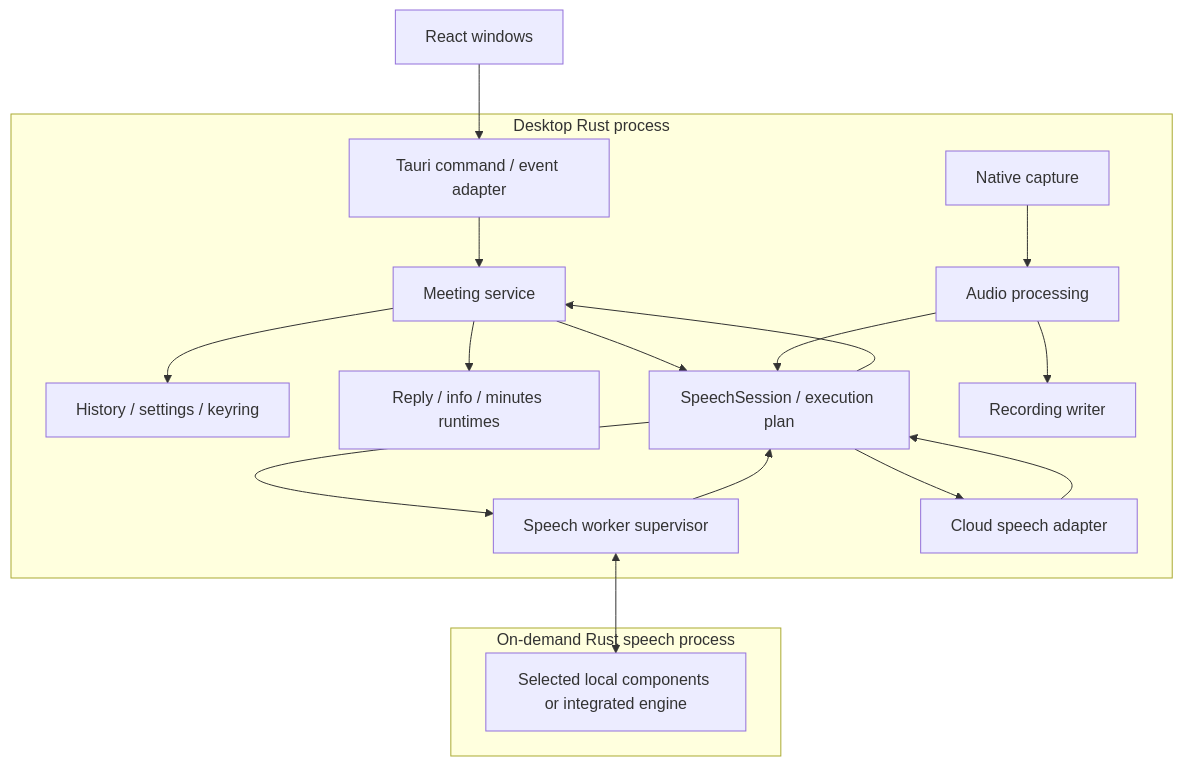
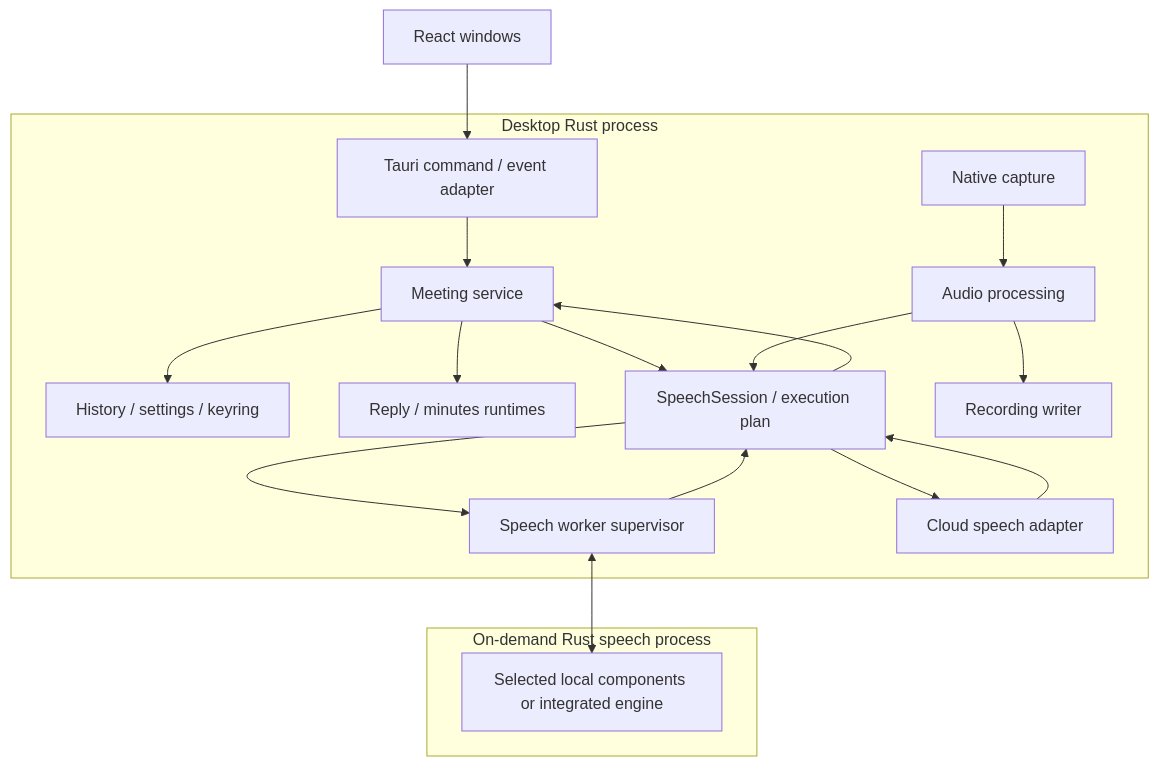
One commit to ouvill/meeting-supporter changed the diagram in doc/adr/016-rust-runtime-and-ownership-boundaries.md. Above: the diagram before and after it, drawn with Mermaid. The commit also changed other lines of this file and 91 other files, not shown here.

````diff
--- a/doc/adr/016-rust-runtime-and-ownership-boundaries.md
+++ b/doc/adr/016-rust-runtime-and-ownership-boundaries.md
@@ -36,22 +36,22 @@
 ```mermaid
 flowchart TB
   UI[React windows] --> Bridge[Tauri command / event adapter]
   subgraph Desktop[Desktop Rust process]
     Bridge --> Meeting[Meeting service]
     Meeting --> History[History / settings / keyring]
-    Meeting --> AI[Reply / info / minutes runtimes]
+    Meeting --> AI[Reply / minutes runtimes]
     Meeting --> Speech[SpeechSession / execution plan]
     Capture[Native capture] --> Audio[Audio processing]
     Audio --> Recording[Recording writer]
     Audio --> Speech
     Speech --> Supervisor[Speech worker supervisor]
     Speech --> Cloud[Cloud speech adapter]
     Speech --> Meeting
   end
   subgraph Worker[On-demand Rust speech process]
     Engine[Selected local components or integrated engine]
   end
   Supervisor <--> Engine
   Supervisor --> Speech
   Cloud --> Speech
 ```
````
